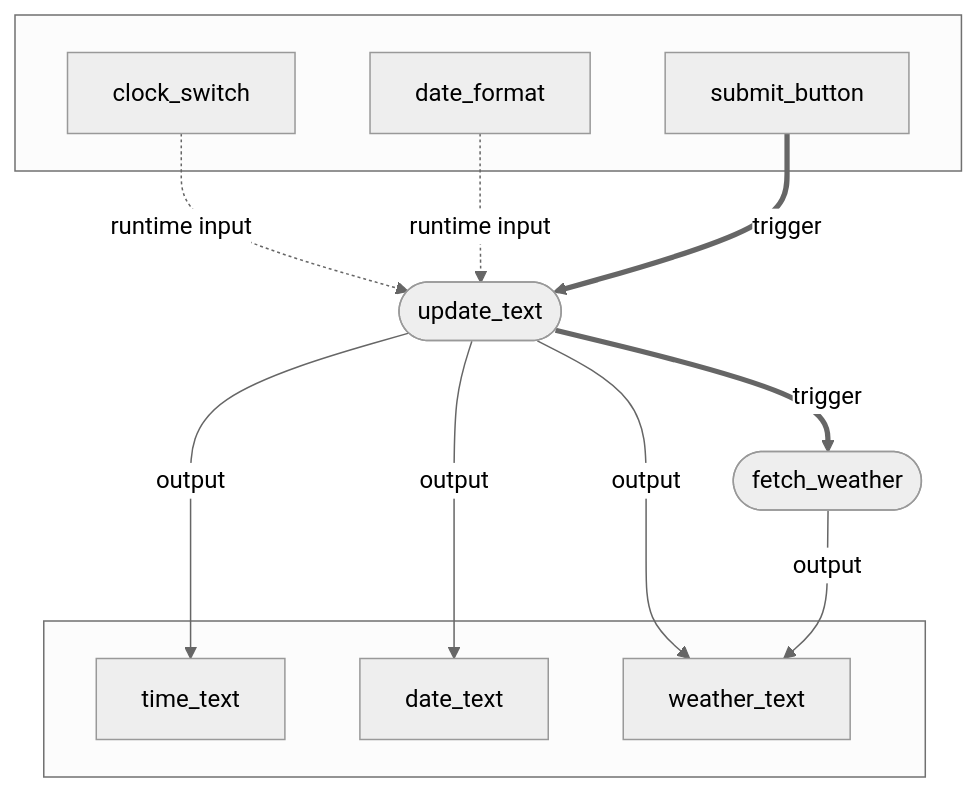
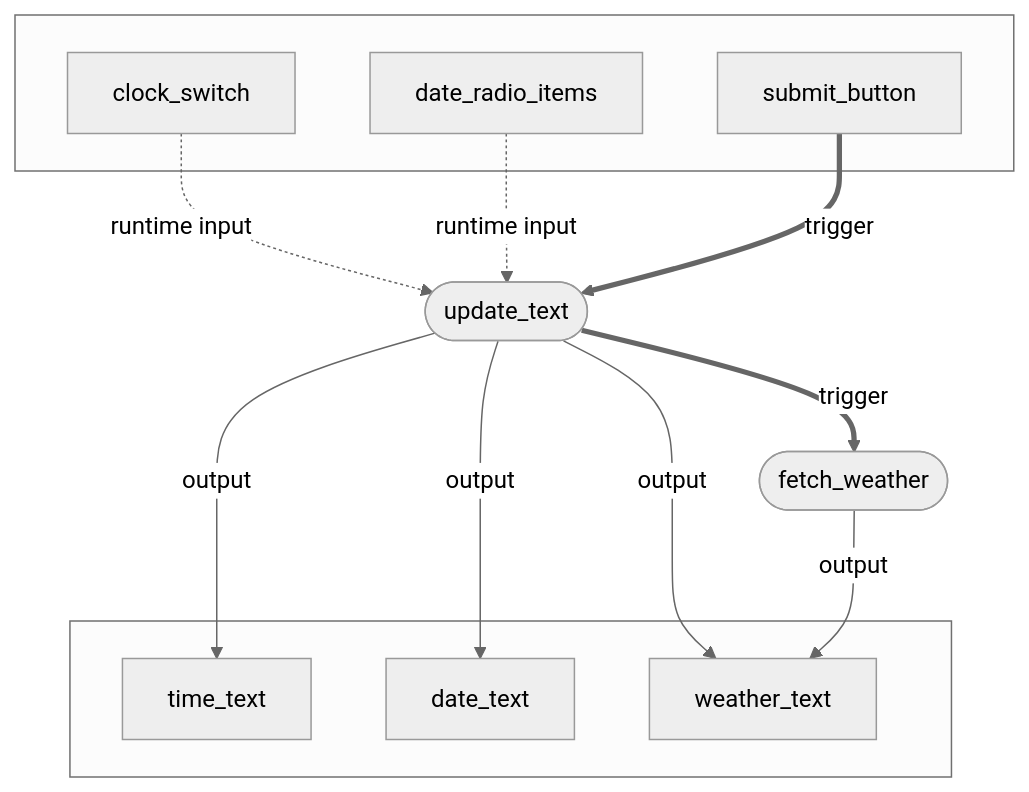
Before and after one commit to mckinsey/vizro: the fourth of 6 diagrams in vizro-core/docs/pages/tutorials/actions.md, drawn with Mermaid (neutral theme). The commit also changed other lines of this file and 2 other files, not shown here.

````diff
--- a/vizro-core/docs/pages/tutorials/actions.md
+++ b/vizro-core/docs/pages/tutorials/actions.md
@@ -400,19 +466,19 @@
 ```mermaid
 graph TD
   subgraph screen_1[" "]
     clock_switch
-    date_format
+    date_radio_items
     submit_button
   end
 
   subgraph screen_2[" "]
     time_text
     date_text
     weather_text
   end
     
-  clock_switch & date_format -. runtime input .-> update_text -- output --> time_text & date_text & weather_text
+  clock_switch & date_radio_items -. runtime input .-> update_text -- output --> time_text & date_text & weather_text
   fetch_weather -- output --> weather_text
   submit_button == trigger ==> update_text
   update_text([update_text]) == trigger ==> fetch_weather([fetch_weather])
 ```
````
